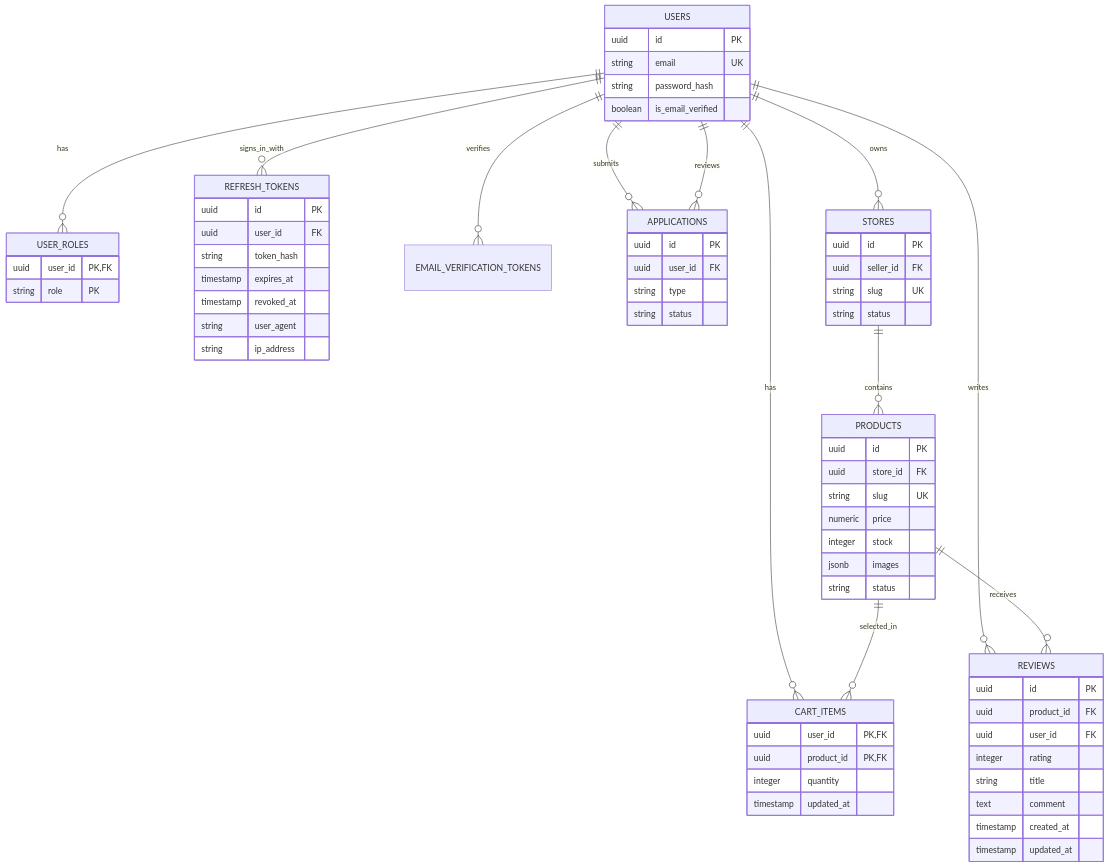
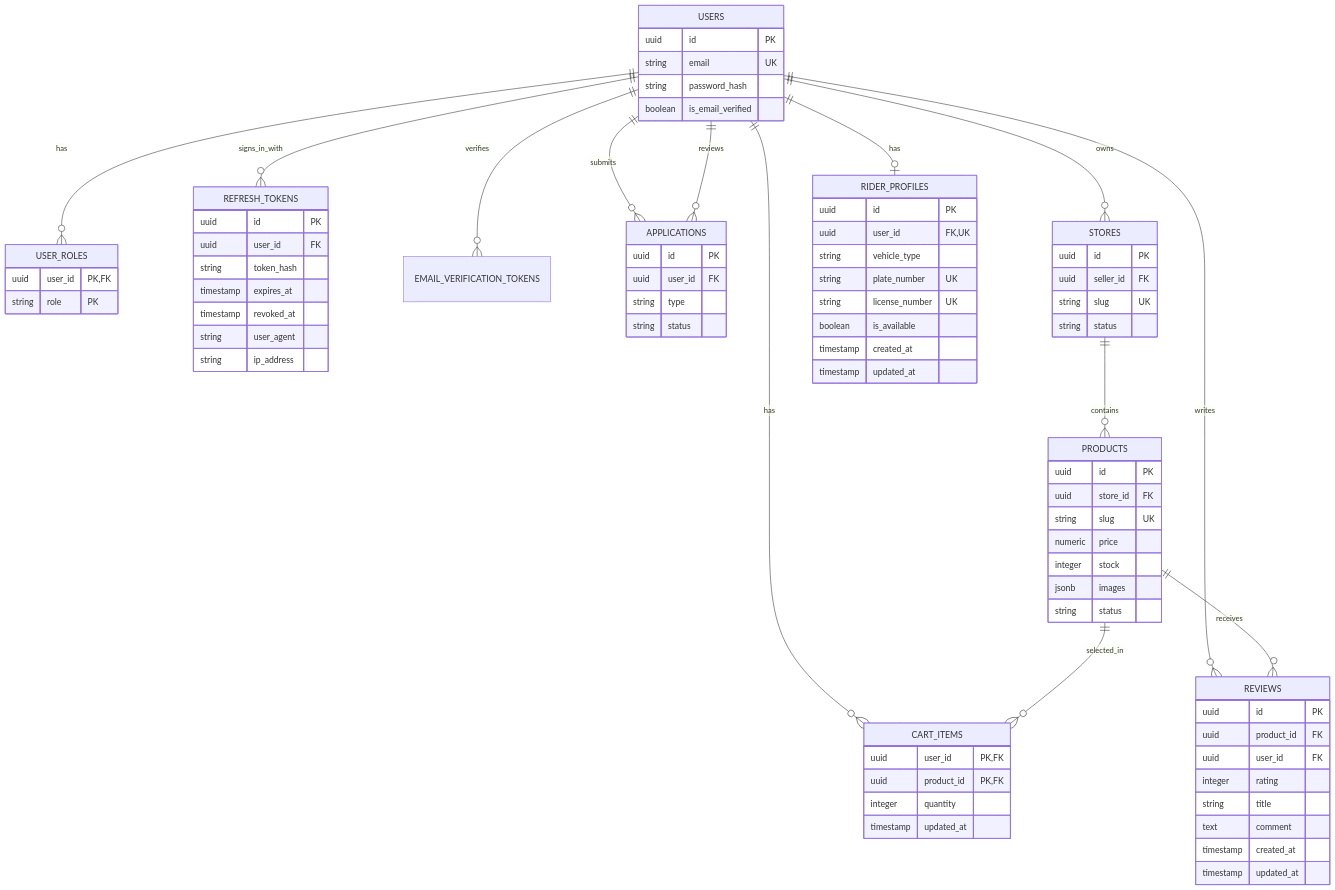
Before and after one commit to Yosf96633/nest-e-commerce: the fourth of 4 diagrams in architecture.md, drawn with Mermaid. The commit also changed other lines of this file and 23 other files, not shown here.

````diff
--- a/architecture.md
+++ b/architecture.md
@@ -199,71 +209,82 @@
 ```mermaid
 erDiagram
     USERS ||--o{ USER_ROLES : has
     USERS ||--o{ REFRESH_TOKENS : signs_in_with
     USERS ||--o{ EMAIL_VERIFICATION_TOKENS : verifies
     USERS ||--o{ APPLICATIONS : submits
     USERS ||--o{ STORES : owns
     STORES ||--o{ PRODUCTS : contains
     USERS ||--o{ APPLICATIONS : reviews
     USERS ||--o{ CART_ITEMS : has
     PRODUCTS ||--o{ CART_ITEMS : selected_in
     USERS ||--o{ REVIEWS : writes
     PRODUCTS ||--o{ REVIEWS : receives
+    USERS ||--o| RIDER_PROFILES : has
 
     USERS {
         uuid id PK
         string email UK
         string password_hash
         boolean is_email_verified
     }
     USER_ROLES {
         uuid user_id PK, FK
         string role PK
     }
     REFRESH_TOKENS {
         uuid id PK
         uuid user_id FK
         string token_hash
         timestamp expires_at
         timestamp revoked_at
         string user_agent
         string ip_address
     }
     APPLICATIONS {
         uuid id PK
         uuid user_id FK
         string type
         string status
     }
     STORES {
         uuid id PK
         uuid seller_id FK
         string slug UK
         string status
     }
     PRODUCTS {
         uuid id PK
         uuid store_id FK
         string slug UK
         numeric price
         integer stock
         jsonb images
         string status
     }
     CART_ITEMS {
         uuid user_id PK, FK
         uuid product_id PK, FK
         integer quantity
         timestamp updated_at
     }
     REVIEWS {
         uuid id PK
         uuid product_id FK
         uuid user_id FK
         integer rating
         string title
         text comment
         timestamp created_at
         timestamp updated_at
     }
+    RIDER_PROFILES {
+        uuid id PK
+        uuid user_id FK, UK
+        string vehicle_type
+        string plate_number UK
+        string license_number UK
+        boolean is_available
+        timestamp created_at
+        timestamp updated_at
+    }
 ```
````
